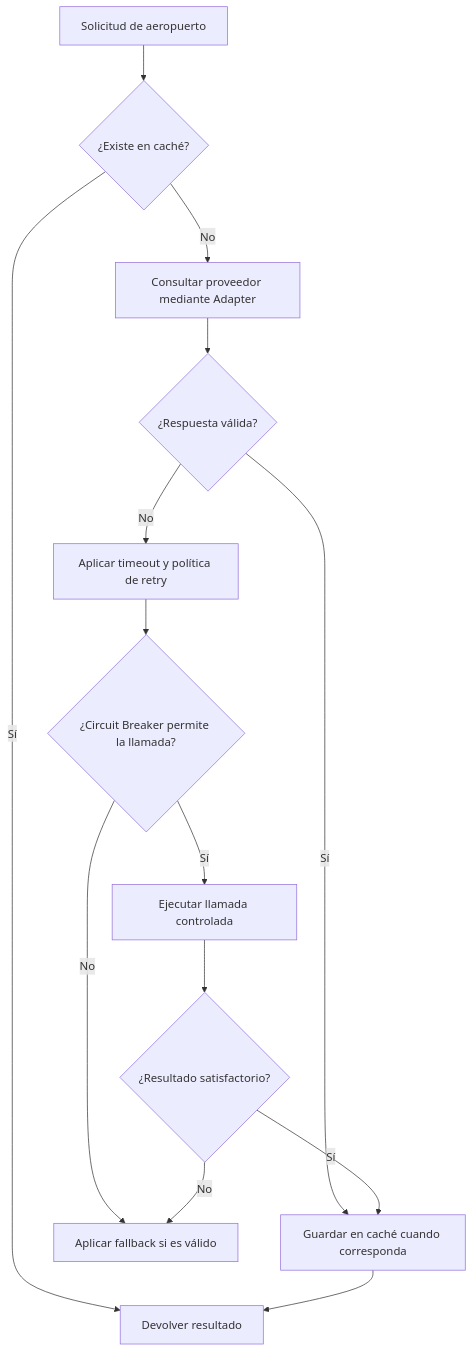
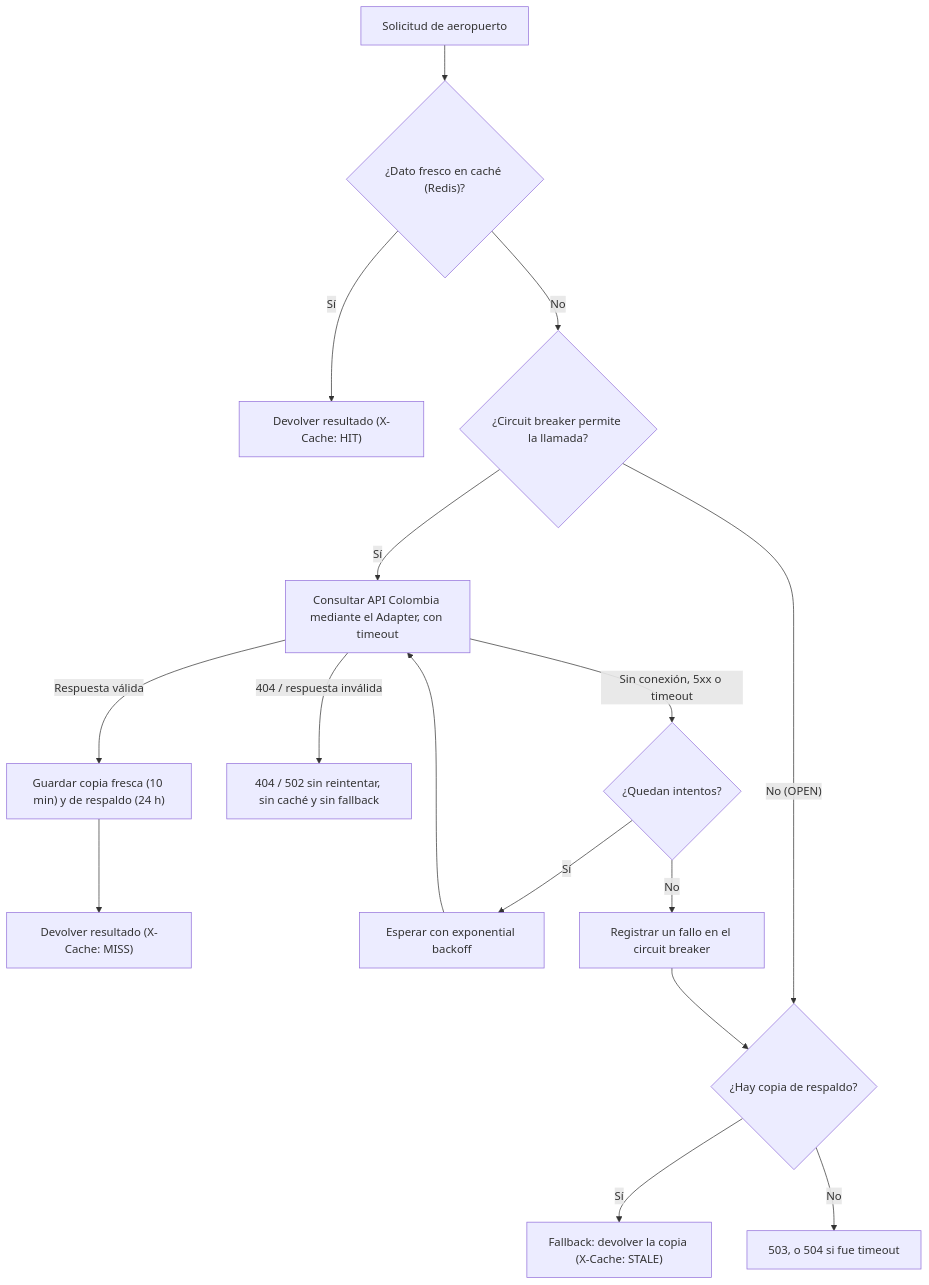
The fourth of 5 diagrams in docs/05-diagramas.md (JUANGR12192004/sistema-itinerarios-personales), drawn with Mermaid before and after one commit. The commit also changed other lines of this file and 3 other files, not shown here.

````diff
--- a/docs/05-diagramas.md
+++ b/docs/05-diagramas.md
@@ -133,16 +133,16 @@
 ```mermaid
 flowchart TD
-    A[Solicitud de aeropuerto] --> B{¿Existe en caché?}
-    B -->|Sí| C[Devolver resultado]
-    B -->|No| D[Consultar proveedor mediante Adapter]
-    D --> E{¿Respuesta válida?}
-    E -->|Sí| F[Guardar en caché cuando corresponda]
-    F --> C
-    E -->|No| G[Aplicar timeout y política de retry]
-    G --> H{¿Circuit Breaker permite la llamada?}
-    H -->|No| I[Aplicar fallback si es válido]
-    H -->|Sí| J[Ejecutar llamada controlada]
-    J --> K{¿Resultado satisfactorio?}
-    K -->|Sí| F
-    K -->|No| I
+    A[Solicitud de aeropuerto] --> B{"¿Dato fresco en caché (Redis)?"}
+    B -->|Sí| HIT["Devolver resultado (X-Cache: HIT)"]
+    B -->|No| C{"¿Circuit breaker permite la llamada?"}
+    C -->|"No (OPEN)"| F{"¿Hay copia de respaldo?"}
+    C -->|Sí| D["Consultar API Colombia mediante el Adapter, con timeout"]
+    D -->|Respuesta válida| G["Guardar copia fresca (10 min) y de respaldo (24 h)"]
+    G --> MISS["Devolver resultado (X-Cache: MISS)"]
+    D -->|"404 / respuesta inválida"| NR["404 / 502 sin reintentar, sin caché y sin fallback"]
+    D -->|"Sin conexión, 5xx o timeout"| R{"¿Quedan intentos?"}
+    R -->|Sí| W["Esperar con exponential backoff"] --> D
+    R -->|No| CB["Registrar un fallo en el circuit breaker"] --> F
+    F -->|Sí| STALE["Fallback: devolver la copia (X-Cache: STALE)"]
+    F -->|No| ERR["503, o 504 si fue timeout"]
 ```
````
